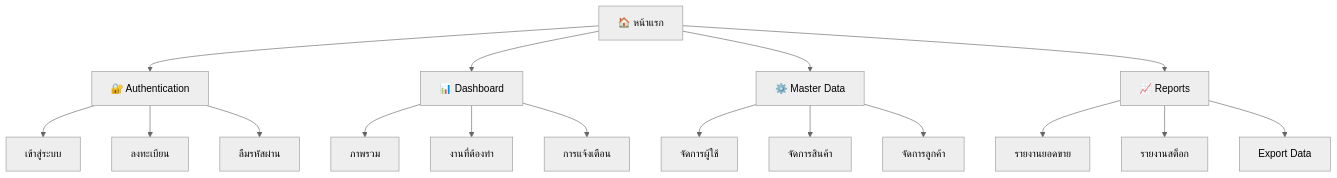
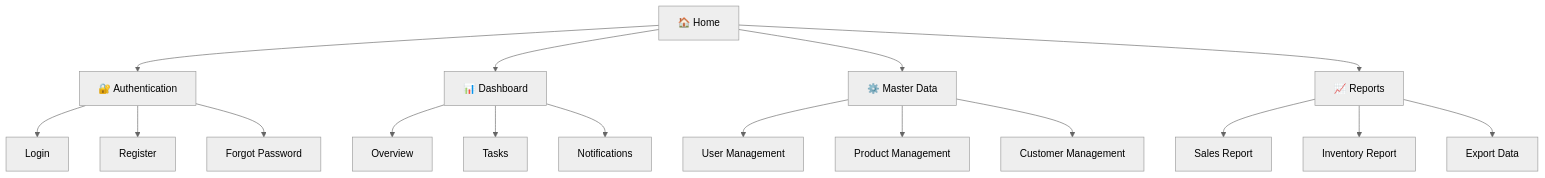
One commit to mounchons/AgentMarketPlace changed diagram 11 of 16 in plugins/system-design-doc/skills/system-design-doc/references/mermaid-patterns.md. Above: the diagram before and after it, drawn with Mermaid (neutral theme). The commit also changed other lines of this file and 51 other files, not shown here.

````diff
--- a/plugins/system-design-doc/skills/system-design-doc/references/mermaid-patterns.md
+++ b/plugins/system-design-doc/skills/system-design-doc/references/mermaid-patterns.md
@@ -218,25 +218,25 @@
 ```mermaid
 flowchart TD
-    HOME[🏠 หน้าแรก]
-    
+    HOME[🏠 Home]
+
     HOME --> AUTH[🔐 Authentication]
     HOME --> DASH[📊 Dashboard]
     HOME --> MASTER[⚙️ Master Data]
     HOME --> REPORT[📈 Reports]
-    
-    AUTH --> LOGIN[เข้าสู่ระบบ]
-    AUTH --> REGISTER[ลงทะเบียน]
-    AUTH --> FORGOT[ลืมรหัสผ่าน]
-    
-    DASH --> OVERVIEW[ภาพรวม]
-    DASH --> TASKS[งานที่ต้องทำ]
-    DASH --> NOTI[การแจ้งเตือน]
-    
-    MASTER --> USER[จัดการผู้ใช้]
-    MASTER --> PRODUCT[จัดการสินค้า]
-    MASTER --> CUSTOMER[จัดการลูกค้า]
-    
-    REPORT --> SALES[รายงานยอดขาย]
-    REPORT --> INVENTORY[รายงานสต็อก]
+
+    AUTH --> LOGIN[Login]
+    AUTH --> REGISTER[Register]
+    AUTH --> FORGOT[Forgot Password]
+
+    DASH --> OVERVIEW[Overview]
+    DASH --> TASKS[Tasks]
+    DASH --> NOTI[Notifications]
+
+    MASTER --> USER[User Management]
+    MASTER --> PRODUCT[Product Management]
+    MASTER --> CUSTOMER[Customer Management]
+
+    REPORT --> SALES[Sales Report]
+    REPORT --> INVENTORY[Inventory Report]
     REPORT --> EXPORT[Export Data]
 ```
````
